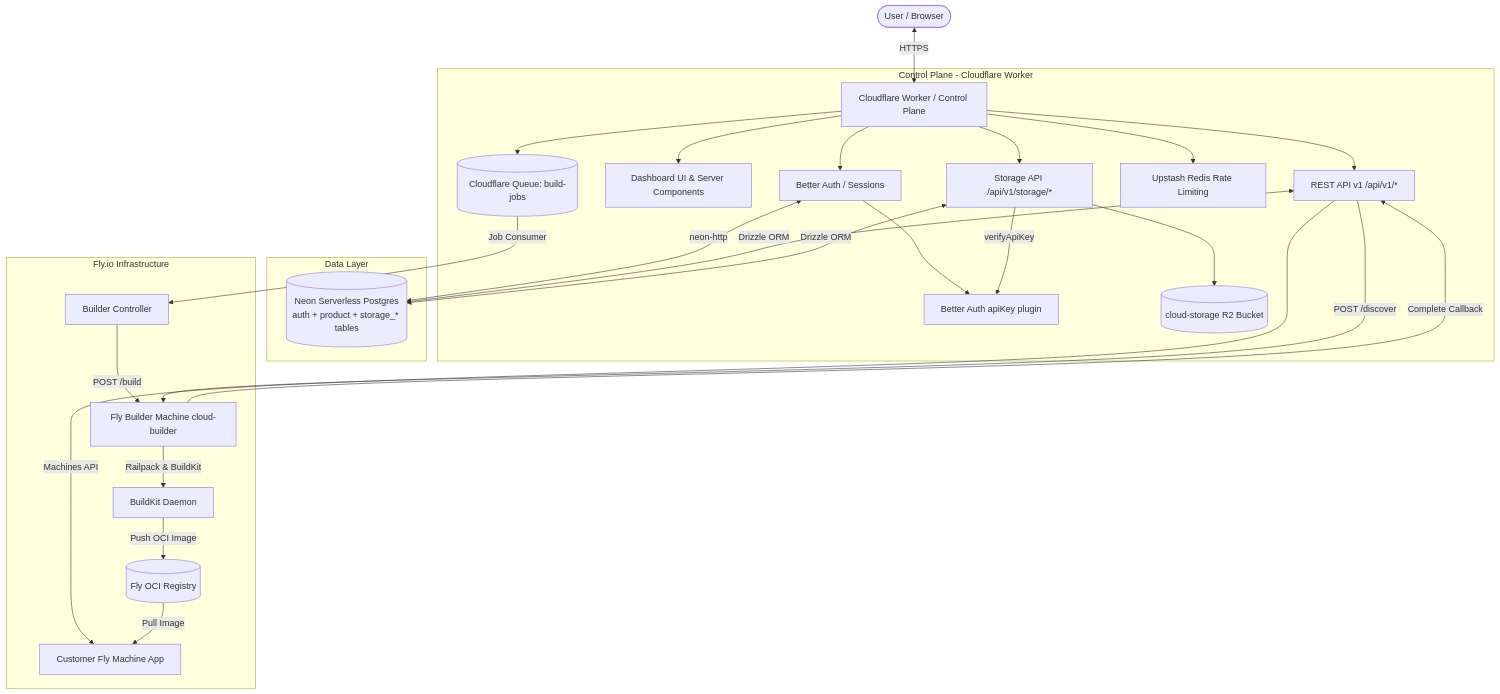
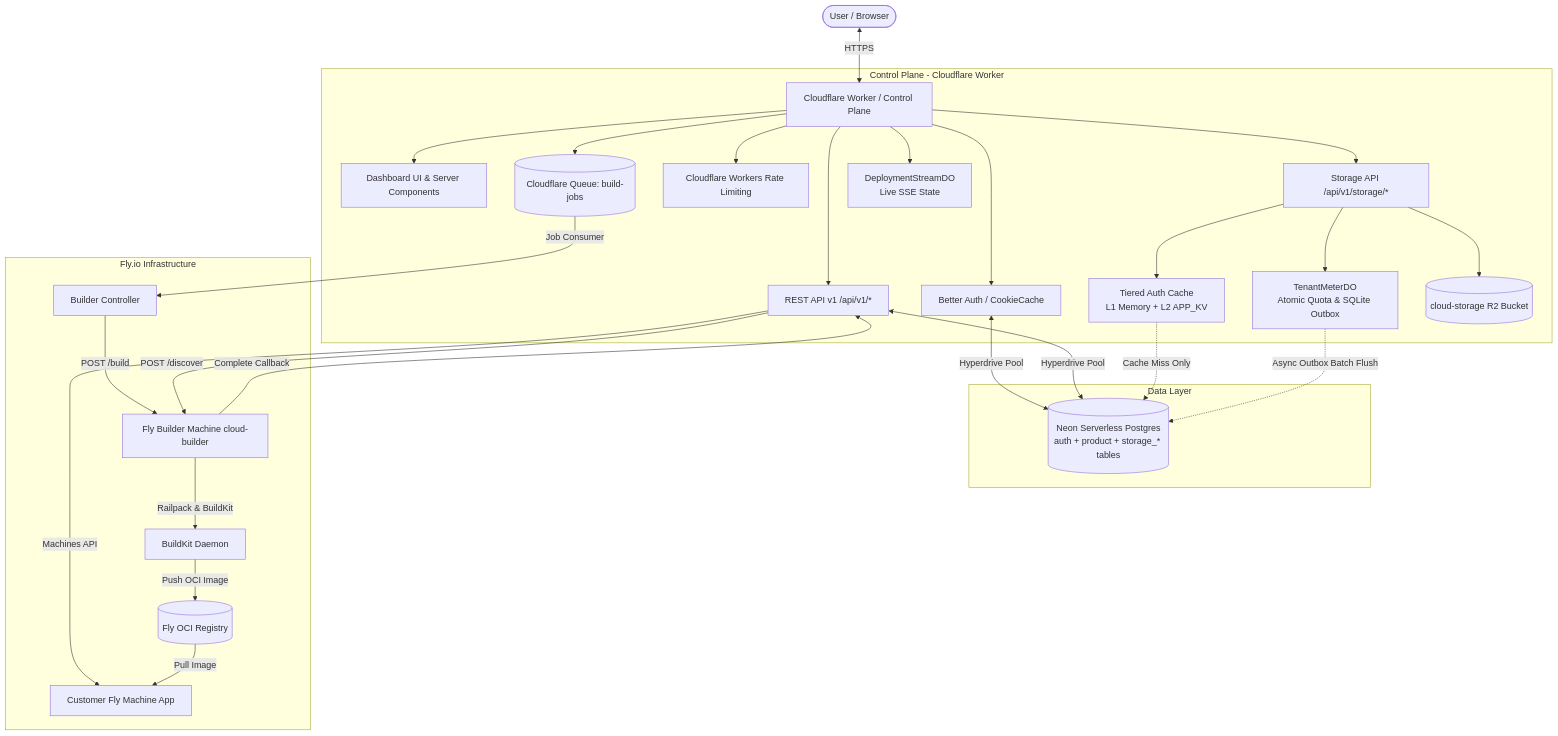
The diagram in README.md (Mahadi-rsio/cloud), drawn with Mermaid before and after one commit. The commit also changed other lines of this file and 3 other files, not shown here.

Commit message:
docs: document Hyperdrive, Workers KV, Rate Limiting, and live benchmark metrics

````diff
--- a/README.md
+++ b/README.md
@@ -47,33 +47,35 @@
 ```mermaid
 graph TD
   User([User / Browser]) <-->|HTTPS| Edge[Cloudflare Worker / Control Plane]
 
   subgraph CloudflareEdge[Control Plane - Cloudflare Worker]
-    Edge --> Auth[Better Auth / Sessions]
+    Edge --> Auth[Better Auth / CookieCache]
     Edge --> Dash[Dashboard UI & Server Components]
     Edge --> API[REST API v1 /api/v1/*]
     Edge --> StorageAPI[Storage API /api/v1/storage/*]
-    Edge --> Rate[Upstash Redis Rate Limiting]
+    Edge --> Rate[Cloudflare Workers Rate Limiting]
     Edge --> Q[(Cloudflare Queue: build-jobs)]
-    Auth --> APIKey[Better Auth apiKey plugin]
-    StorageAPI -->|verifyApiKey| APIKey
+    StorageAPI --> StorageAuth[Tiered Auth Cache\nL1 Memory + L2 APP_KV]
+    StorageAPI --> MeterDO[TenantMeterDO\nAtomic Quota & SQLite Outbox]
     StorageAPI --> R2[(cloud-storage R2 Bucket)]
+    Edge --> StreamDO[DeploymentStreamDO\nLive SSE State]
   end
 
   subgraph DataLayer[Data Layer]
-    Auth <-->|neon-http| Neon[(Neon Serverless Postgres\nauth + product + storage_* tables)]
-    API <-->|Drizzle ORM| Neon
-    StorageAPI <-->|Drizzle ORM| Neon
+    Auth <-->|Hyperdrive Pool| Neon[(Neon Serverless Postgres\nauth + product + storage_* tables)]
+    API <-->|Hyperdrive Pool| Neon
+    StorageAuth -.->|Cache Miss Only| Neon
+    MeterDO -.->|Async Outbox Batch Flush| Neon
   end
 
   subgraph FlyPlatform[Fly.io Infrastructure]
     Q -->|Job Consumer| BldCtrl[Builder Controller]
     BldCtrl -->|POST /build| Builder[Fly Builder Machine cloud-builder]
     API -->|POST /discover| Builder
     Builder -->|Railpack & BuildKit| BuildKit[BuildKit Daemon]
     BuildKit -->|Push OCI Image| Reg[(Fly OCI Registry)]
     Builder -->|Complete Callback| API
     API -->|Machines API| UserApp[Customer Fly Machine App]
     Reg -->|Pull Image| UserApp
   end
 ```
````
